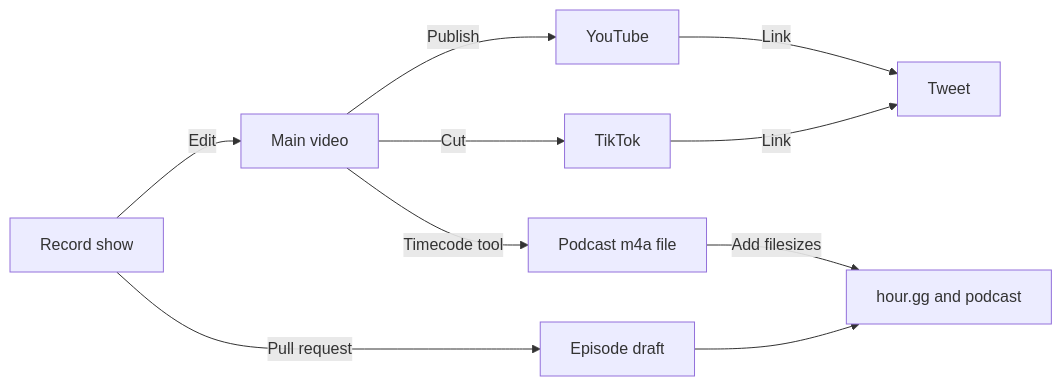
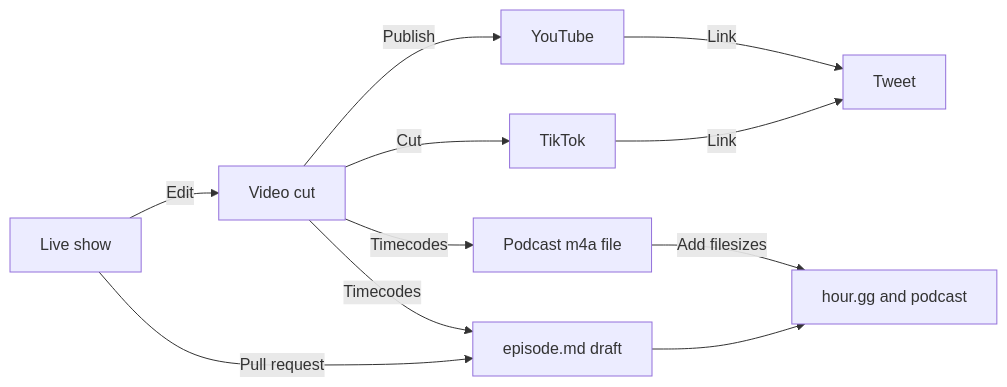
One commit to community-service/hour.gg changed the diagram in README.md. Above: the diagram before and after it, drawn with Mermaid. The commit also changed other lines of this file and 109 other files, not shown here.

````diff
--- a/README.md
+++ b/README.md
@@ -13,26 +57,27 @@
 ```mermaid
 graph LR
-s[Record show]
-v[Main video]
+s[Live show]
+v[Video cut]
 v2[TikTok]
 yt[YouTube]
 tw[Tweet]
 pm[Podcast m4a file]
-hggdraft[Episode draft]
+hggdraft[episode.md draft]
 hggpublished[hour.gg and podcast]
 
 v--Publish-->yt
 v--Cut-->v2
 yt--Link-->tw
 v2--Link-->tw
 s--Edit-->v
 s--Pull request-->hggdraft
-v--Timecode tool-->pm
+v--Timecodes-->pm
+v--Timecodes-->hggdraft
 pm--Add filesizes-->hggpublished
 hggdraft-->hggpublished
 
 click yt "https://www.youtube.com/playlist?list=PLaMigeN8Exx-ChNPpO-j6pFQ3F8oJWrBN"
 click hgg "https://github.com/community-service/hour.gg/tree/main/_drafts"
 click draft "https://github.com/community-service/hour.gg/tree/main/_drafts"
 click v2 "https://www.tiktok.com/@fulldecent"
 ```
````
